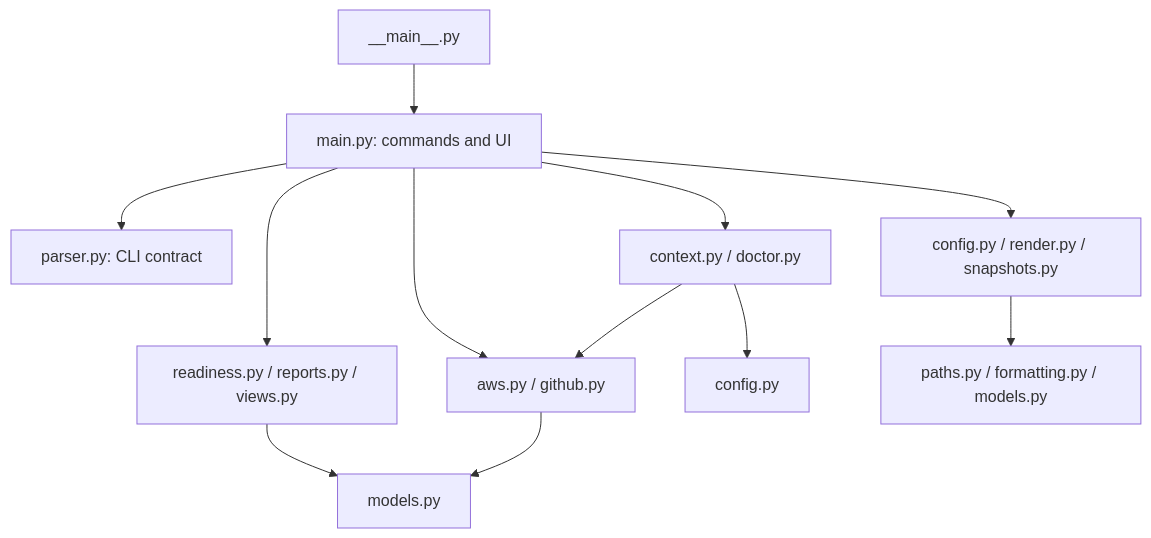
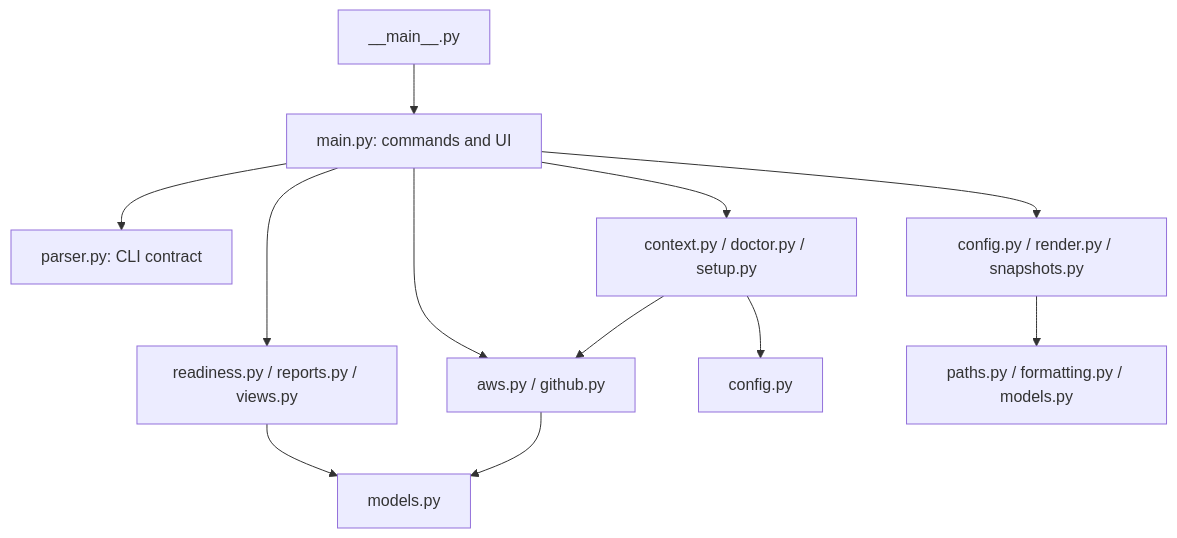
The diagram in docs/cli-architecture.md (tidyOpposite/devsecops-pipeline-kit-aws-lambda), drawn with Mermaid before and after one commit. The commit also changed other lines of this file and 14 other files, not shown here.

````diff
--- a/docs/cli-architecture.md
+++ b/docs/cli-architecture.md
@@ -7,14 +7,14 @@
 ```mermaid
 flowchart TD
   entry["__main__.py"] --> app["main.py: commands and UI"]
   app --> parser["parser.py: CLI contract"]
-  app --> workflows["context.py / doctor.py"]
+  app --> workflows["context.py / doctor.py / setup.py"]
   app --> output["readiness.py / reports.py / views.py"]
   app --> state["config.py / render.py / snapshots.py"]
   app --> providers["aws.py / github.py"]
   workflows --> providers
   workflows --> config["config.py"]
   output --> domain["models.py"]
   state --> foundations["paths.py / formatting.py / models.py"]
   providers --> domain
 ```
````
